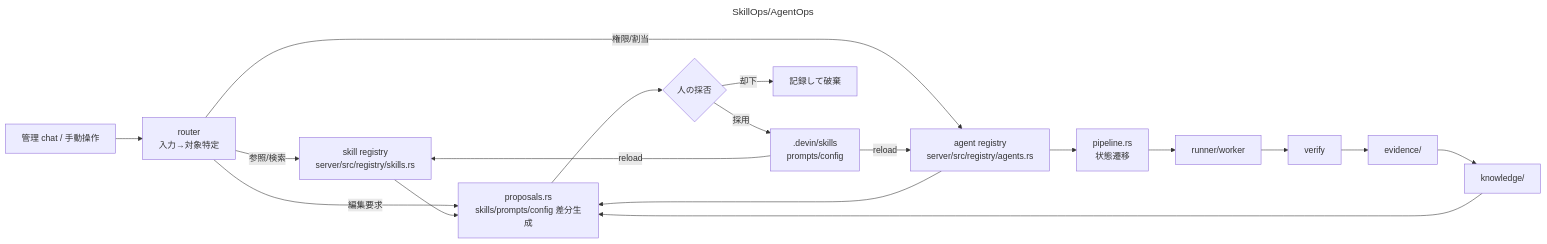
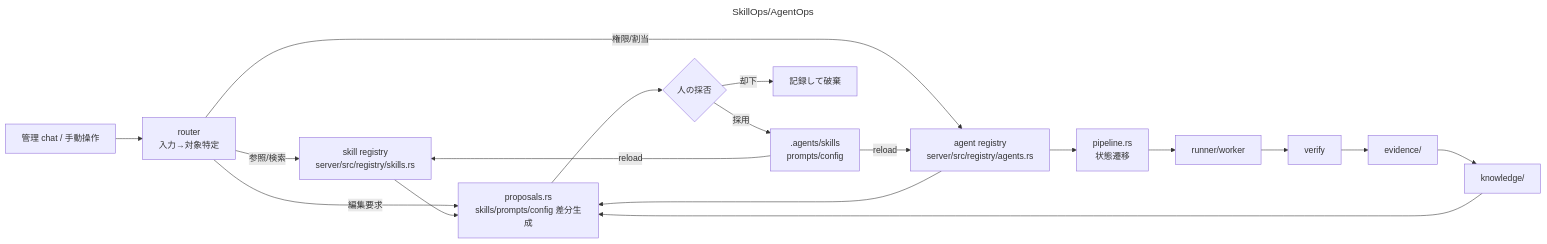
The diagram in diagrams/skillops-flow.mmd (yamamoto-ryuzo/kasugai_agent), drawn with Mermaid before and after one commit. The commit also changed 80 other files, not shown here.

```diff
--- a/diagrams/skillops-flow.mmd
+++ b/diagrams/skillops-flow.mmd
@@ -1,28 +1,28 @@
 ---
 title: SkillOps/AgentOps
 ---
 flowchart LR
     U[管理 chat / 手動操作] --> RT[router<br/>入力→対象特定]
     SR[skill registry<br/>server/src/registry/skills.rs]
     AR[agent registry<br/>server/src/registry/agents.rs]
     PR[proposals.rs<br/>skills/prompts/config 差分生成]
     HG{人の採否}
-    CONF[.devin/skills<br/>prompts/config]
+    CONF[.agents/skills<br/>prompts/config]
     PIPE[pipeline.rs<br/>状態遷移]
     RUN[runner/worker]
     VER[verify]
     EV[evidence/]
     KN[knowledge/]
     RT -->|参照/検索| SR
     RT -->|権限/割当| AR
     RT -->|編集要求| PR
     SR --> PR
     AR --> PR
     PR --> HG
     HG -->|採用| CONF
     HG -->|却下| DROP[記録して破棄]
     CONF -->|reload| SR
     CONF -->|reload| AR
     AR --> PIPE
     PIPE --> RUN --> VER
     VER --> EV --> KN --> PR
```
